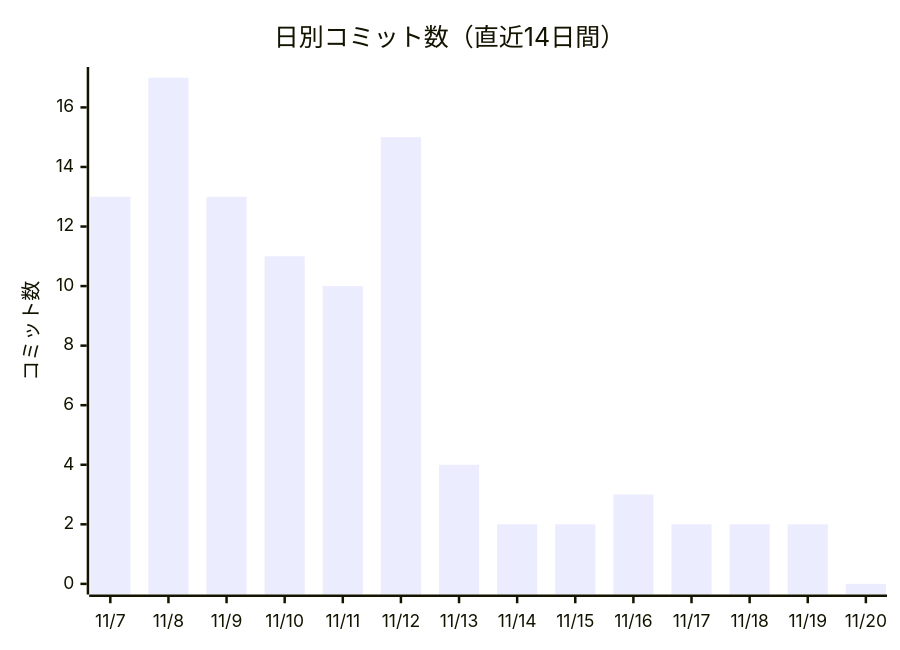
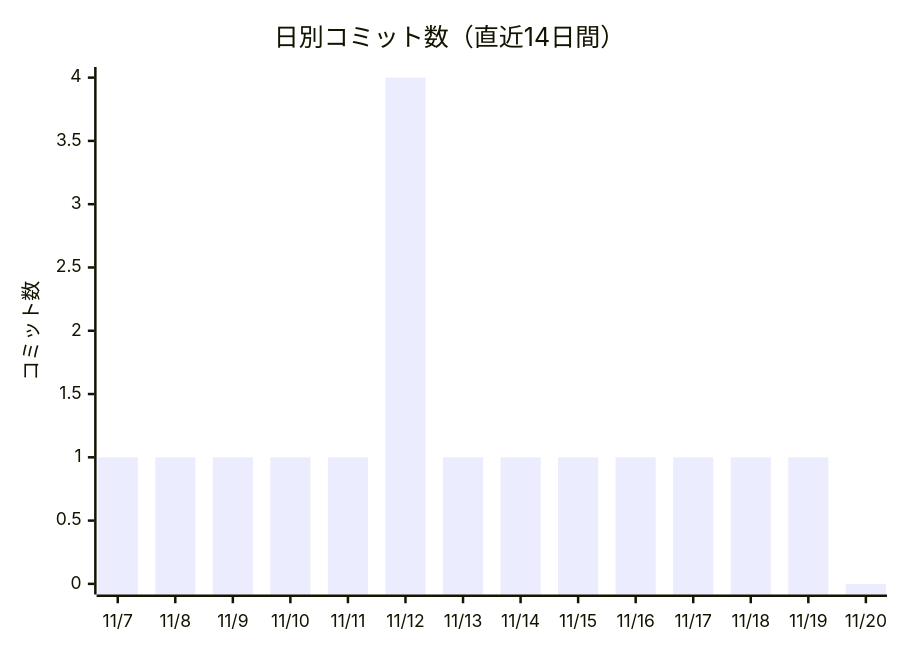
The first of 2 diagrams in docs/進化レポート.md (non-x2/non-x2), drawn with Mermaid before and after one commit. The commit also changed other lines of this file and 1 other file, not shown here.

````diff
--- a/docs/進化レポート.md
+++ b/docs/進化レポート.md
@@ -25,7 +25,7 @@
 ```mermaid
 xychart-beta
     title "日別コミット数（直近14日間）"
     x-axis ["11/7", "11/8", "11/9", "11/10", "11/11", "11/12", "11/13", "11/14", "11/15", "11/16", "11/17", "11/18", "11/19", "11/20"]
     y-axis "コミット数"
-    bar [13, 17, 13, 11, 10, 15, 4, 2, 2, 3, 2, 2, 2, 0]
+    bar [1, 1, 1, 1, 1, 4, 1, 1, 1, 1, 1, 1, 1, 0]
 ```
````
